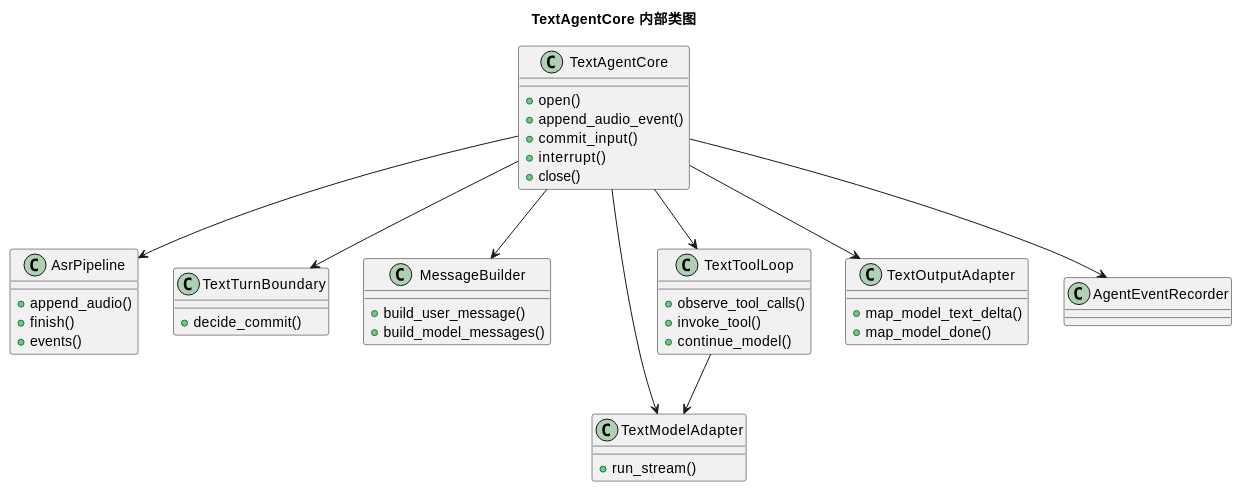
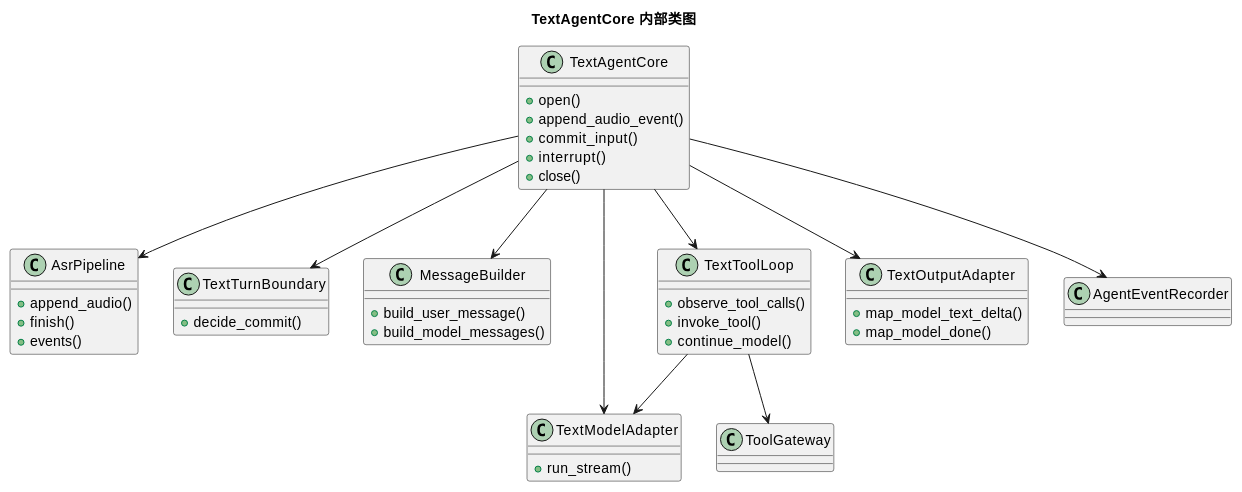
One commit to HengeLiu/RealtimeAgent changed diagram 12 of 18 in audio-chat/docs/audio-chat-sdk-architecture.md. Above: the diagram before and after it, drawn with PlantUML. The commit also changed other lines of this file and 34 other files, not shown here.

````diff
--- a/audio-chat/docs/audio-chat-sdk-architecture.md
+++ b/audio-chat/docs/audio-chat-sdk-architecture.md
@@ -1660,54 +1984,56 @@
 ```plantuml
 @startuml
 title TextAgentCore 内部类图
 
 class TextAgentCore {
   +open()
   +append_audio_event()
   +commit_input()
   +interrupt()
   +close()
 }
 
 class AsrPipeline {
   +append_audio()
   +finish()
   +events()
 }
 
 class TextTurnBoundary {
   +decide_commit()
 }
 
 class MessageBuilder {
   +build_user_message()
   +build_model_messages()
 }
 
 class TextModelAdapter {
   +run_stream()
 }
 
 class TextToolLoop {
   +observe_tool_calls()
   +invoke_tool()
   +continue_model()
 }
 
 class TextOutputAdapter {
   +map_model_text_delta()
   +map_model_done()
 }
 
 class AgentEventRecorder
+class ToolGateway
 
 TextAgentCore --> AsrPipeline
 TextAgentCore --> TextTurnBoundary
 TextAgentCore --> MessageBuilder
 TextAgentCore --> TextModelAdapter
 TextAgentCore --> TextToolLoop
 TextAgentCore --> TextOutputAdapter
 TextAgentCore --> AgentEventRecorder
 TextToolLoop --> TextModelAdapter
+TextToolLoop --> ToolGateway
 @enduml
 ```
````
